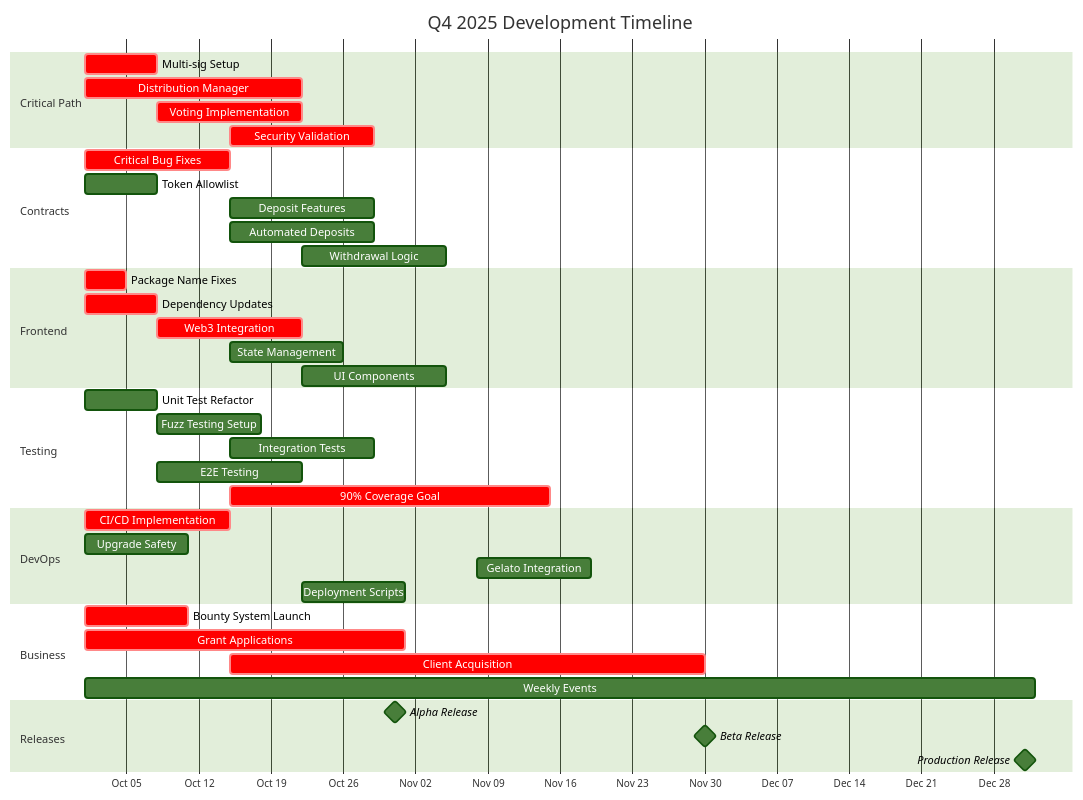
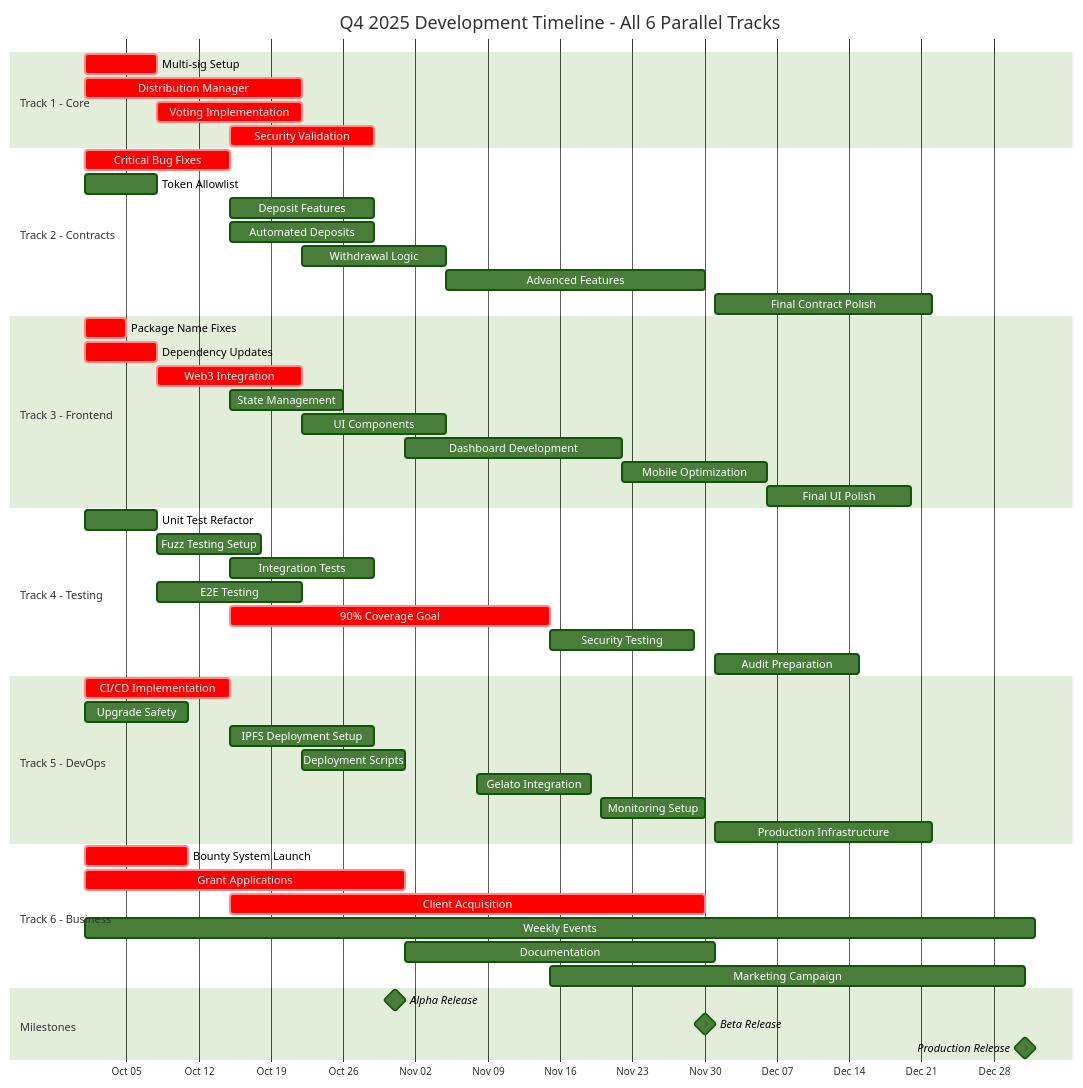
Before and after one commit to BreadchainCoop/shared-quartz: the third of 3 diagrams in solidarity-primitives/issues/q4-2025-development-plan.md, drawn with Mermaid (forest theme). The commit also changed other lines of this file and 1 other file, not shown here.

First line of the commit message:
Synchronize Gantt chart, gitgraph, and flowchart for Q4 development

````diff
--- a/solidarity-primitives/issues/q4-2025-development-plan.md
+++ b/solidarity-primitives/issues/q4-2025-development-plan.md
@@ -126,50 +226,62 @@
 ```mermaid
 gantt
-    title Q4 2025 Development Timeline
+    title Q4 2025 Development Timeline - All 6 Parallel Tracks
     dateFormat YYYY-MM-DD
     axisFormat %b %d
     
-    section Critical Path
-    Multi-sig Setup           :crit, 2025-10-01, 7d
-    Distribution Manager       :crit, 2025-10-01, 21d
-    Voting Implementation      :crit, 2025-10-08, 14d
-    Security Validation        :crit, 2025-10-15, 14d
+    section Track 1 - Core
+    Multi-sig Setup           :crit, core1, 2025-10-01, 7d
+    Distribution Manager       :crit, core2, 2025-10-01, 21d
+    Voting Implementation      :crit, core3, 2025-10-08, 14d
+    Security Validation        :crit, core4, 2025-10-15, 14d
     
-    section Contracts
-    Critical Bug Fixes         :crit, 2025-10-01, 14d
-    Token Allowlist            :2025-10-01, 7d
-    Deposit Features           :2025-10-15, 14d
-    Automated Deposits         :2025-10-15, 14d
-    Withdrawal Logic           :2025-10-22, 14d
+    section Track 2 - Contracts
+    Critical Bug Fixes         :crit, sc1, 2025-10-01, 14d
+    Token Allowlist            :sc2, 2025-10-01, 7d
+    Deposit Features           :sc3, 2025-10-15, 14d
+    Automated Deposits         :sc4, 2025-10-15, 14d
+    Withdrawal Logic           :sc5, 2025-10-22, 14d
+    Advanced Features          :sc6, 2025-11-05, 25d
+    Final Contract Polish      :sc7, 2025-12-01, 21d
     
-    section Frontend
-    Package Name Fixes         :crit, 2025-10-01, 4d
-    Dependency Updates         :crit, 2025-10-01, 7d
-    Web3 Integration          :crit, 2025-10-08, 14d
-    State Management          :2025-10-15, 11d
-    UI Components             :2025-10-22, 14d
+    section Track 3 - Frontend
+    Package Name Fixes         :crit, fe1, 2025-10-01, 4d
+    Dependency Updates         :crit, fe2, 2025-10-01, 7d
+    Web3 Integration          :crit, fe3, 2025-10-08, 14d
+    State Management          :fe4, 2025-10-15, 11d
+    UI Components             :fe5, 2025-10-22, 14d
+    Dashboard Development     :fe6, 2025-11-01, 21d
+    Mobile Optimization       :fe7, 2025-11-22, 14d
+    Final UI Polish           :fe8, 2025-12-06, 14d
     
-    section Testing
-    Unit Test Refactor        :2025-10-01, 7d
-    Fuzz Testing Setup        :2025-10-08, 10d
-    Integration Tests         :2025-10-15, 14d
-    E2E Testing              :2025-10-08, 14d
-    90% Coverage Goal        :crit, 2025-10-15, 31d
+    section Track 4 - Testing
+    Unit Test Refactor        :test1, 2025-10-01, 7d
+    Fuzz Testing Setup        :test2, 2025-10-08, 10d
+    Integration Tests         :test3, 2025-10-15, 14d
+    E2E Testing              :test4, 2025-10-08, 14d
+    90% Coverage Goal        :crit, test5, 2025-10-15, 31d
+    Security Testing         :test6, 2025-11-15, 14d
+    Audit Preparation        :test7, 2025-12-01, 14d
     
-    section DevOps
-    CI/CD Implementation      :crit, 2025-10-01, 14d
-    Upgrade Safety           :2025-10-01, 10d
-    Gelato Integration       :2025-11-08, 11d
-    Deployment Scripts       :2025-10-22, 10d
+    section Track 5 - DevOps
+    CI/CD Implementation      :crit, ops1, 2025-10-01, 14d
+    Upgrade Safety           :ops2, 2025-10-01, 10d
+    IPFS Deployment Setup    :ops3, 2025-10-15, 14d
+    Deployment Scripts       :ops4, 2025-10-22, 10d
+    Gelato Integration       :ops5, 2025-11-08, 11d
+    Monitoring Setup         :ops6, 2025-11-20, 10d
+    Production Infrastructure :ops7, 2025-12-01, 21d
     
-    section Business
-    Bounty System Launch     :crit, 2025-10-01, 10d
-    Grant Applications       :crit, 2025-10-01, 31d
-    Client Acquisition       :crit, 2025-10-15, 46d
-    Weekly Events           :2025-10-01, 92d
+    section Track 6 - Business
+    Bounty System Launch     :crit, biz1, 2025-10-01, 10d
+    Grant Applications       :crit, biz2, 2025-10-01, 31d
+    Client Acquisition       :crit, biz3, 2025-10-15, 46d
+    Weekly Events           :biz4, 2025-10-01, 92d
+    Documentation           :biz5, 2025-11-01, 30d
+    Marketing Campaign      :biz6, 2025-11-15, 46d
     
-    section Releases
-    Alpha Release            :milestone, 2025-10-31, 0d
-    Beta Release            :milestone, 2025-11-30, 0d
-    Production Release      :milestone, 2025-12-31, 0d
+    section Milestones
+    Alpha Release            :milestone, m1, 2025-10-31, 0d
+    Beta Release            :milestone, m2, 2025-11-30, 0d
+    Production Release      :milestone, m3, 2025-12-31, 0d
 ```
````
